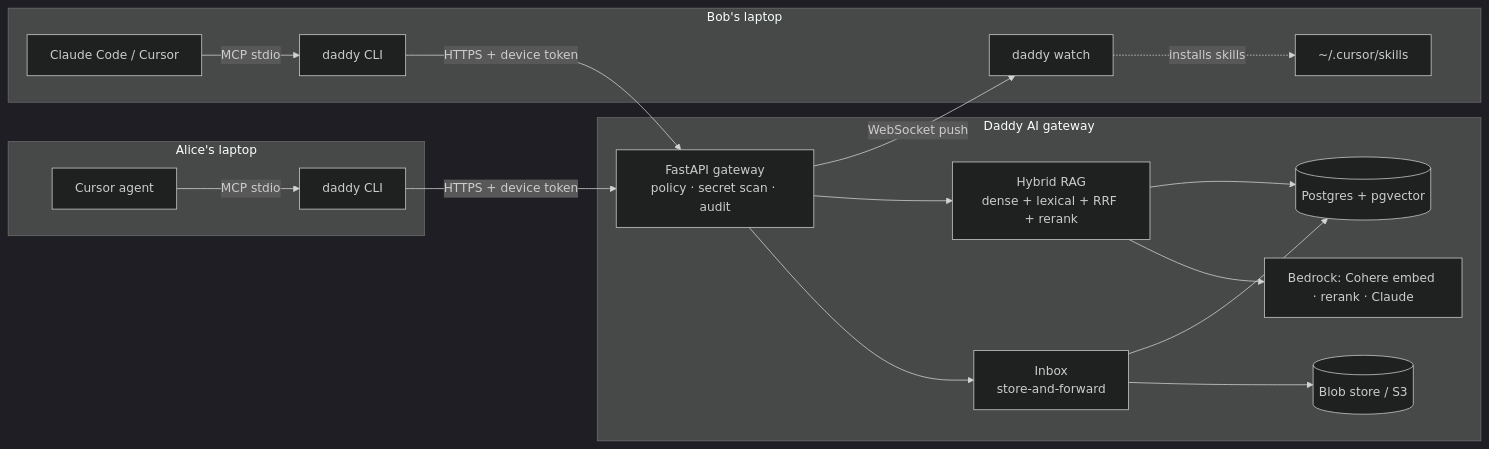
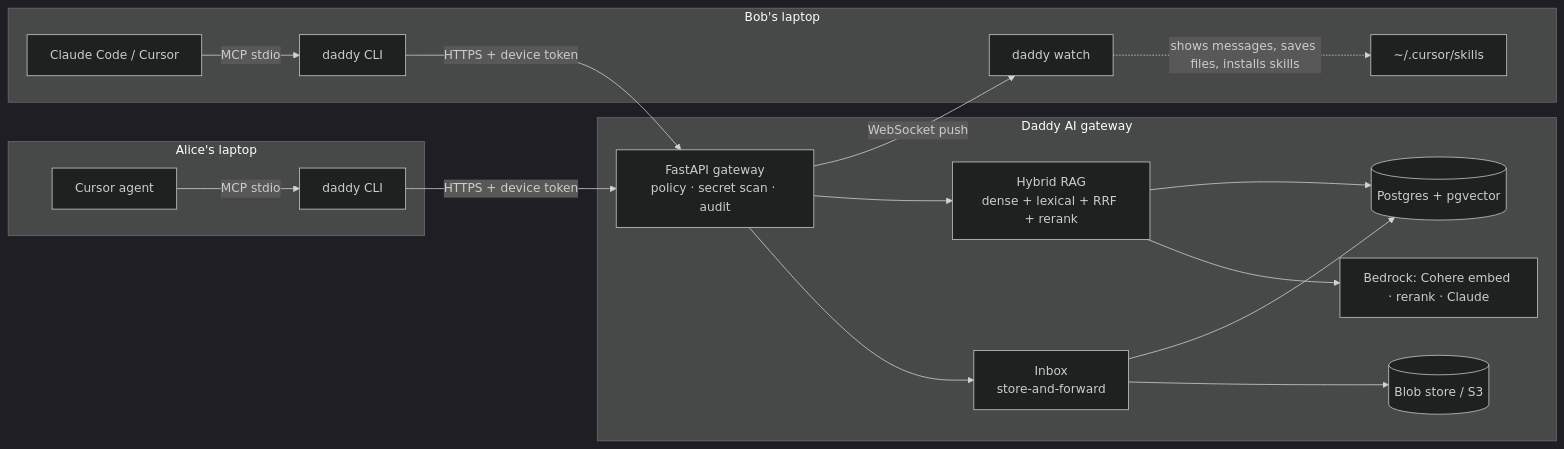
The diagram in README.md (AskArtwentythree/daddy-ai), drawn with Mermaid (dark theme) before and after one commit. The commit also changed other lines of this file, not shown here.

Commit message:
README: how people use it, AWS one-command hosting, one-line teammate setup, auto-opening daddy watch, projects and roles

````diff
--- a/README.md
+++ b/README.md
@@ -8,21 +8,21 @@
 ```mermaid
 flowchart LR
     subgraph Alice's laptop
         AC[Cursor agent] -- MCP stdio --> AD[daddy CLI]
     end
     subgraph Bob's laptop
         BC[Claude Code / Cursor] -- MCP stdio --> BD[daddy CLI]
-        BW[daddy watch] -. installs skills .-> BS[~/.cursor/skills]
+        BW[daddy watch] -. shows messages, saves files, installs skills .-> BS[~/.cursor/skills]
     end
     AD -- HTTPS + device token --> G
     BD -- HTTPS + device token --> G
     G -- WebSocket push --> BW
     subgraph Daddy AI gateway
         G[FastAPI gateway<br/>policy · secret scan · audit] --> R[Hybrid RAG<br/>dense + lexical + RRF + rerank]
         G --> I[Inbox<br/>store-and-forward]
         R --> PG[(Postgres + pgvector)]
         I --> PG
         I --> S3[(Blob store / S3)]
         R --> B[Bedrock: Cohere embed · rerank · Claude]
     end
 ```
````
